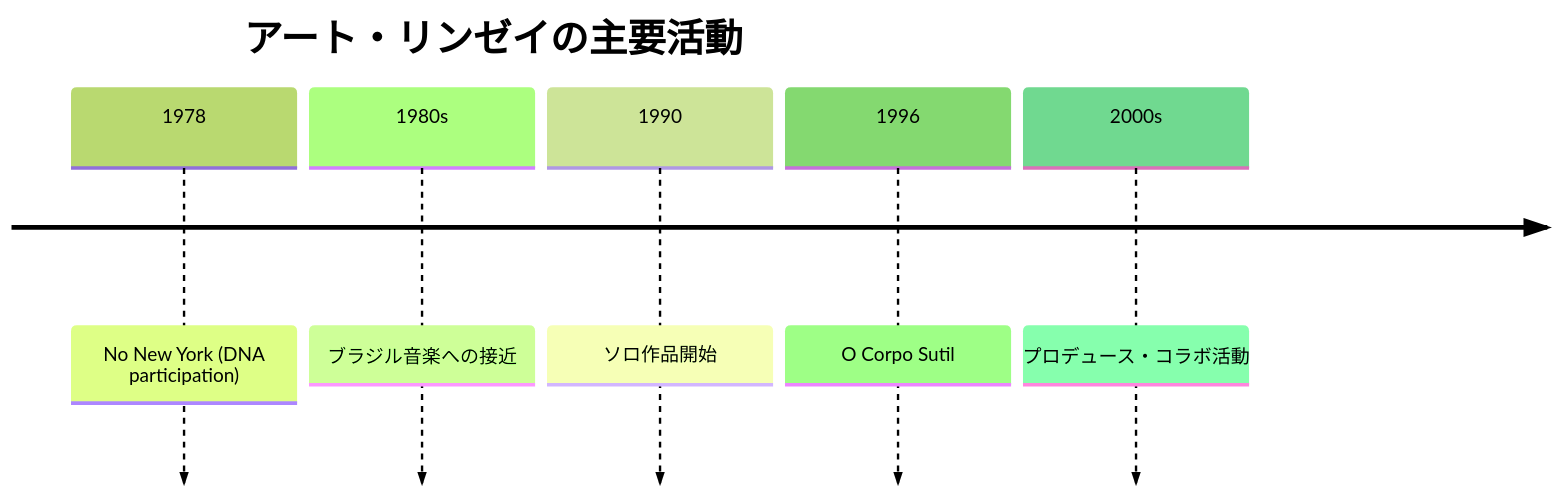
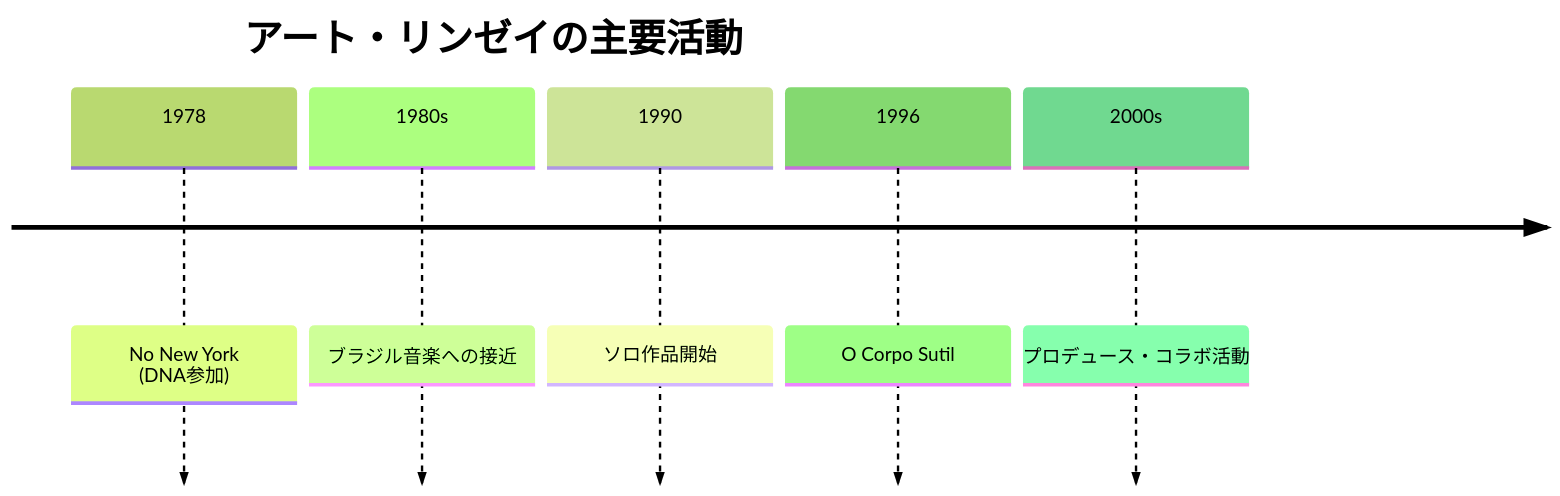
One commit to monumental-movement/monumental-movement.github.io changed the first of 2 diagrams in en/_posts/2026-04-18-column-arto-lindsay.md. Above: the diagram before and after it, drawn with Mermaid (forest theme). The commit also changed other lines of this file and 2196 other files, not shown here.

```diff
--- a/en/_posts/2026-04-18-column-arto-lindsay.md
+++ b/en/_posts/2026-04-18-column-arto-lindsay.md
@@ -164,9 +164,9 @@
 <div class="mermaid">
 timeline
     title アート・リンゼイの主要活動
-    1978 : No New York (DNA participation)
+    1978 : No New York (DNA参加)
     1980s : ブラジル音楽への接近
     1990 : ソロ作品開始
     1996 : O Corpo Sutil
     2000s : プロデュース・コラボ活動
 </div>
```
